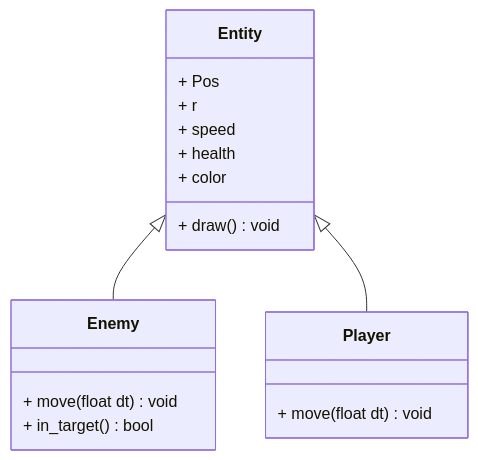
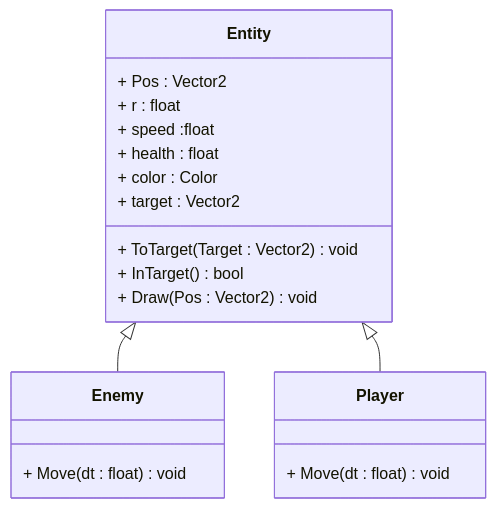
The diagram in README.md (TianShuai-NUIST/raylib-player), drawn with Mermaid before and after one commit. The commit also changed 2 other files, not shown here.

Commit message:
Update: 架构调整

````diff
--- a/README.md
+++ b/README.md
@@ -13,21 +13,24 @@
 ```mermaid
 classDiagram
     class Entity{
-        + Pos
-        + r
-        + speed
-        + health
-        + color
-        + draw() void
+        + Pos : Vector2
+        + r : float
+        + speed :float
+        + health : float
+        + color : Color
+        + target : Vector2
+
+        + ToTarget(Target : Vector2) void
+        + InTarget() bool
+        + Draw(Pos : Vector2) void
     }
 
     class Enemy{
-        + move(float dt) void
-        + in_target() bool
+        + Move(dt : float) void
     }
     class Player{
-        + move(float dt) void
+        + Move(dt : float) void
     }
     Entity <|-- Enemy
     Entity <|-- Player
 ```
````
